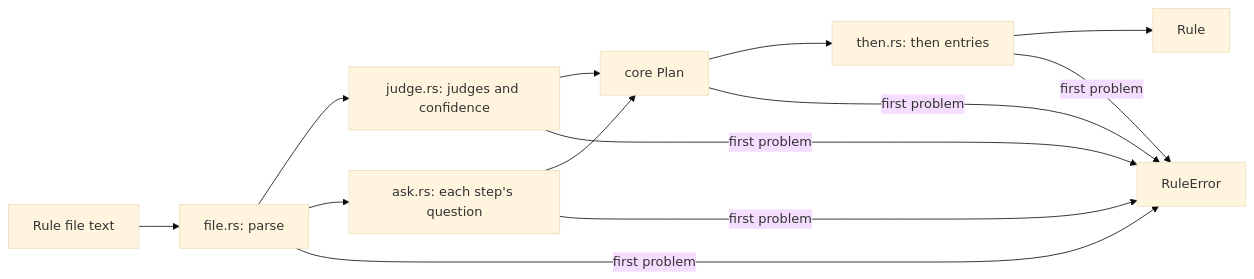
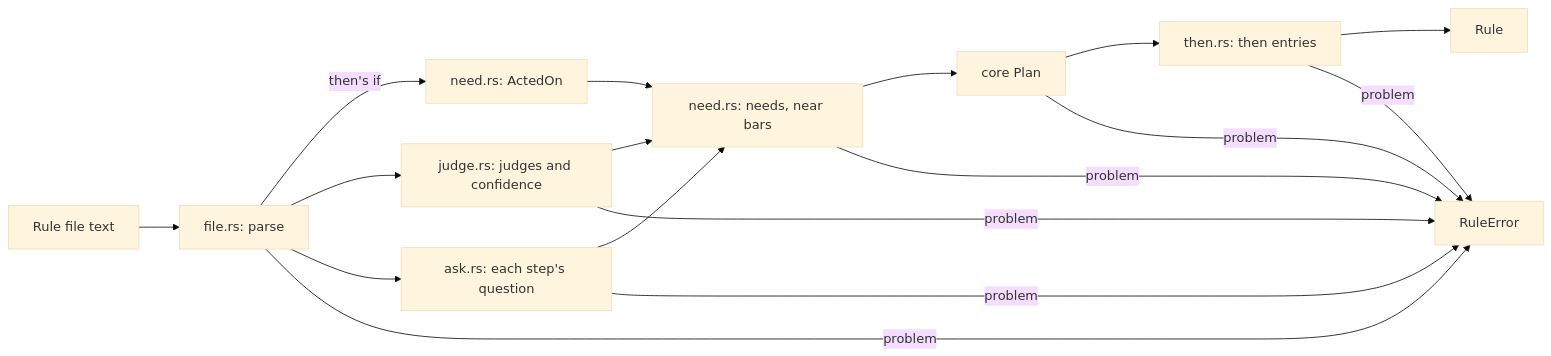
Before and after one commit to wrkhse/chauffeur: the diagram in crates/protocol/src/rule/README.md, drawn with Mermaid (base theme). The commit also changed other lines of this file and 14 other files, not shown here.

````diff
--- a/crates/protocol/src/rule/README.md
+++ b/crates/protocol/src/rule/README.md
@@ -17,11 +18,13 @@
 ```mermaid
 flowchart LR
     Text["Rule file text"] --> File["file.rs: parse"]
+    File -->|"then's if"| Acted["need.rs: ActedOn"]
     File --> Judges["judge.rs: judges and confidence"]
     File --> Asks["ask.rs: each step's question"]
-    Judges --> Plan["core Plan"]
-    Asks --> Plan
+    Judges & Asks --> Needs["need.rs: needs, near bars"]
+    Acted --> Needs
+    Needs --> Plan["core Plan"]
     Plan --> Then["then.rs: then entries"]
     Then --> Rule["Rule"]
-    File & Judges & Asks & Plan & Then -->|"first problem"| Error["RuleError"]
+    File & Judges & Asks & Needs & Plan & Then -->|"problem"| Error["RuleError"]
 ```
````
